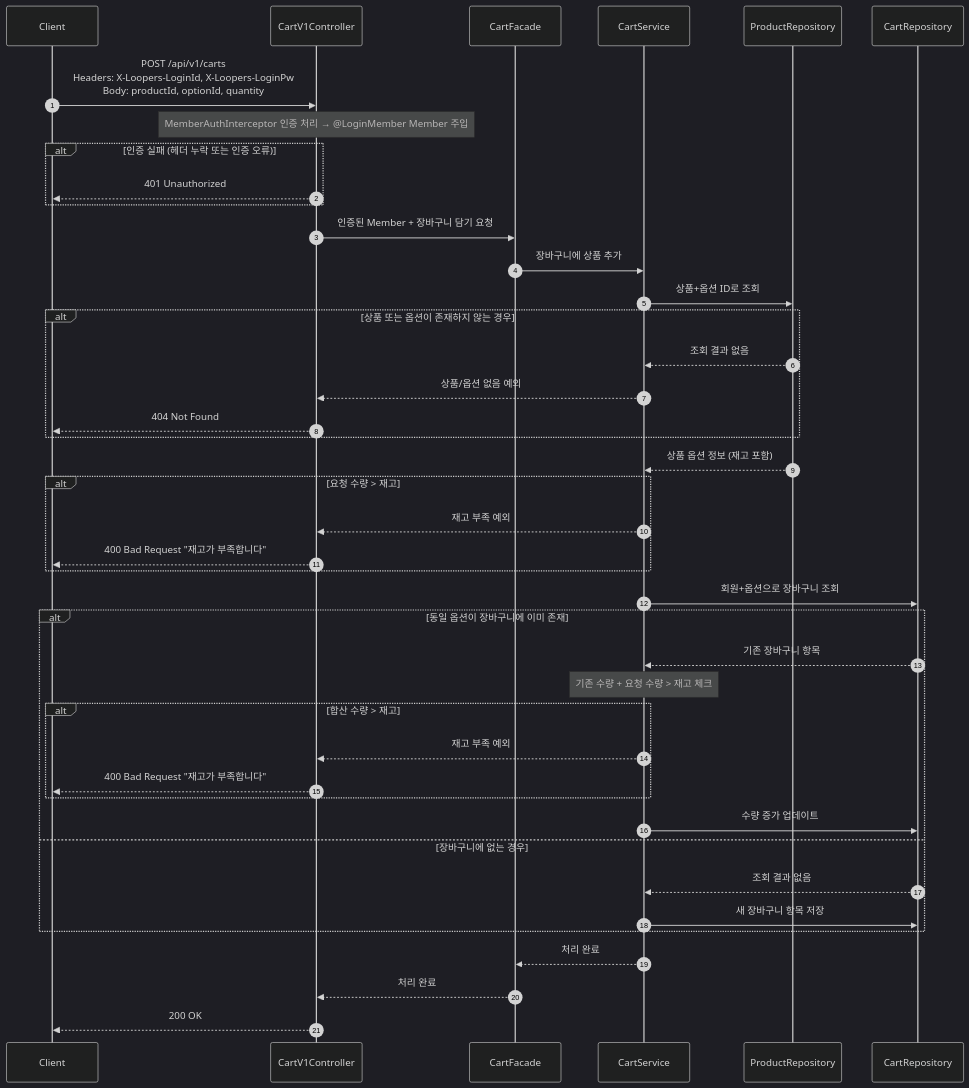
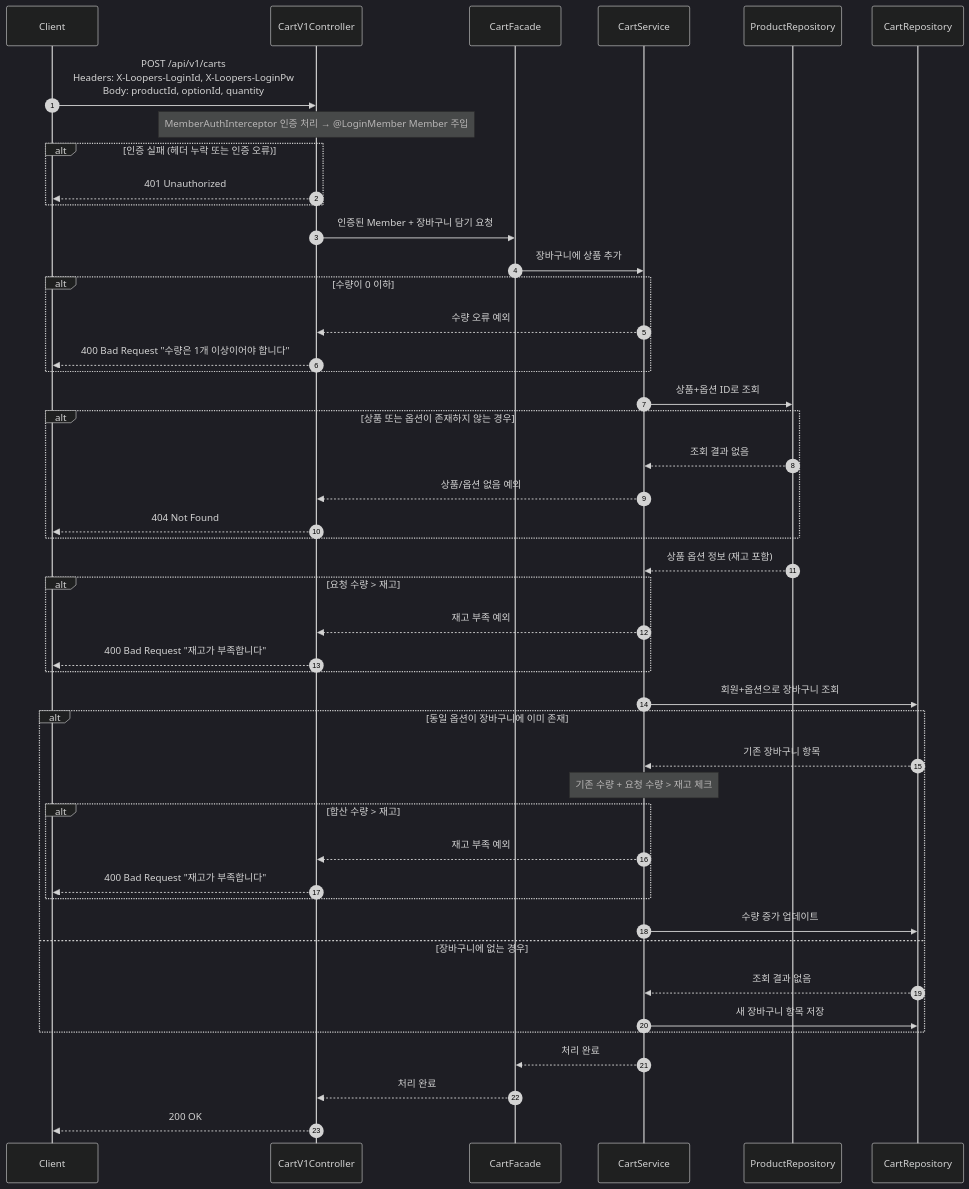
The seventh of 27 diagrams in docs/design/02-sequence-diagrams.md (jsj1215/loop-pack-be-l2-vol3-java), drawn with Mermaid (dark theme) before and after one commit. The commit also changed other lines of this file and 3 other files, not shown here.

````diff
--- a/docs/design/02-sequence-diagrams.md
+++ b/docs/design/02-sequence-diagrams.md
@@ -270,53 +270,59 @@
 ```mermaid
 sequenceDiagram
     autonumber
     participant Client
     participant Controller as CartV1Controller
     participant Facade as CartFacade
     participant CartService as CartService
     participant ProductRepository as ProductRepository
     participant CartRepository as CartRepository
 
     Client->>Controller: POST /api/v1/carts<br/>Headers: X-Loopers-LoginId, X-Loopers-LoginPw<br/>Body: productId, optionId, quantity
 
     Note over Controller: MemberAuthInterceptor 인증 처리 → @LoginMember Member 주입
     alt 인증 실패 (헤더 누락 또는 인증 오류)
         Controller-->>Client: 401 Unauthorized
     end
 
     Controller->>Facade: 인증된 Member + 장바구니 담기 요청
     Facade->>CartService: 장바구니에 상품 추가
+
+    alt 수량이 0 이하
+        CartService-->>Controller: 수량 오류 예외
+        Controller-->>Client: 400 Bad Request "수량은 1개 이상이어야 합니다"
+    end
+
     CartService->>ProductRepository: 상품+옵션 ID로 조회
 
     alt 상품 또는 옵션이 존재하지 않는 경우
         ProductRepository-->>CartService: 조회 결과 없음
         CartService-->>Controller: 상품/옵션 없음 예외
         Controller-->>Client: 404 Not Found
     end
 
     ProductRepository-->>CartService: 상품 옵션 정보 (재고 포함)
 
     alt 요청 수량 > 재고
         CartService-->>Controller: 재고 부족 예외
         Controller-->>Client: 400 Bad Request "재고가 부족합니다"
     end
 
     CartService->>CartRepository: 회원+옵션으로 장바구니 조회
 
     alt 동일 옵션이 장바구니에 이미 존재
         CartRepository-->>CartService: 기존 장바구니 항목
         Note over CartService: 기존 수량 + 요청 수량 > 재고 체크
         alt 합산 수량 > 재고
             CartService-->>Controller: 재고 부족 예외
             Controller-->>Client: 400 Bad Request "재고가 부족합니다"
         end
         CartService->>CartRepository: 수량 증가 업데이트
     else 장바구니에 없는 경우
         CartRepository-->>CartService: 조회 결과 없음
         CartService->>CartRepository: 새 장바구니 항목 저장
     end
 
     CartService-->>Facade: 처리 완료
     Facade-->>Controller: 처리 완료
     Controller-->>Client: 200 OK
 ```
````
